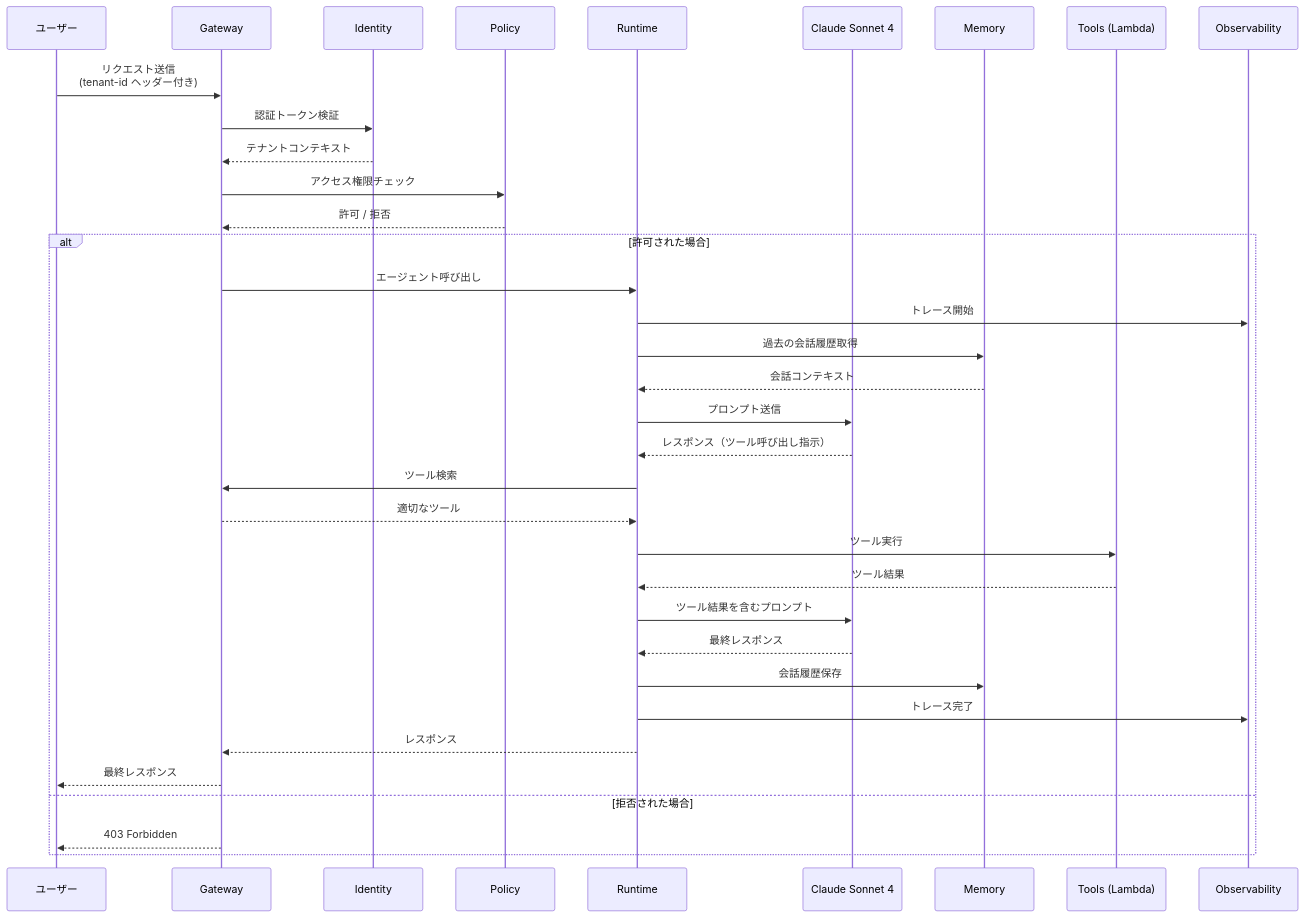
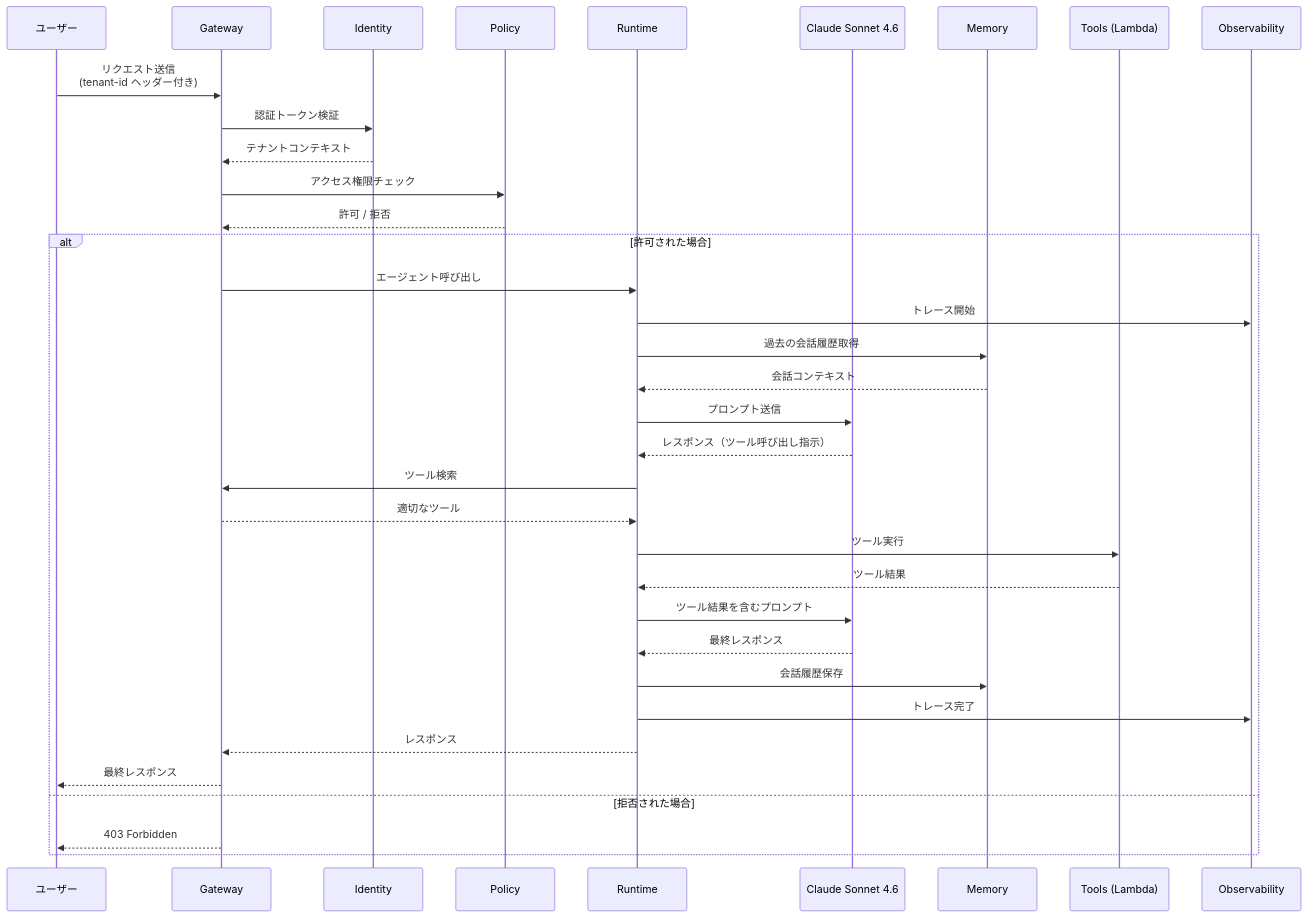
Before and after one commit to yaggytter/agentcore-multi-tenant-handson: the fifth of 8 diagrams in docs/01-architecture-overview.md, drawn with Mermaid. The commit also changed other lines of this file and 12 other files, not shown here.

````diff
--- a/docs/01-architecture-overview.md
+++ b/docs/01-architecture-overview.md
@@ -316,39 +316,39 @@
 ```mermaid
 sequenceDiagram
     participant U as ユーザー
     participant GW as Gateway
     participant ID as Identity
     participant PO as Policy
     participant RT as Runtime
-    participant FM as Claude Sonnet 4
+    participant FM as Claude Sonnet 4.6
     participant MEM as Memory
     participant TL as Tools (Lambda)
     participant OBS as Observability
 
     U->>GW: リクエスト送信<br/>(tenant-id ヘッダー付き)
     GW->>ID: 認証トークン検証
     ID-->>GW: テナントコンテキスト
     GW->>PO: アクセス権限チェック
     PO-->>GW: 許可 / 拒否
 
     alt 許可された場合
         GW->>RT: エージェント呼び出し
         RT->>OBS: トレース開始
         RT->>MEM: 過去の会話履歴取得
         MEM-->>RT: 会話コンテキスト
         RT->>FM: プロンプト送信
         FM-->>RT: レスポンス（ツール呼び出し指示）
         RT->>GW: ツール検索
         GW-->>RT: 適切なツール
         RT->>TL: ツール実行
         TL-->>RT: ツール結果
         RT->>FM: ツール結果を含むプロンプト
         FM-->>RT: 最終レスポンス
         RT->>MEM: 会話履歴保存
         RT->>OBS: トレース完了
         RT-->>GW: レスポンス
         GW-->>U: 最終レスポンス
     else 拒否された場合
         GW-->>U: 403 Forbidden
     end
 ```
````
